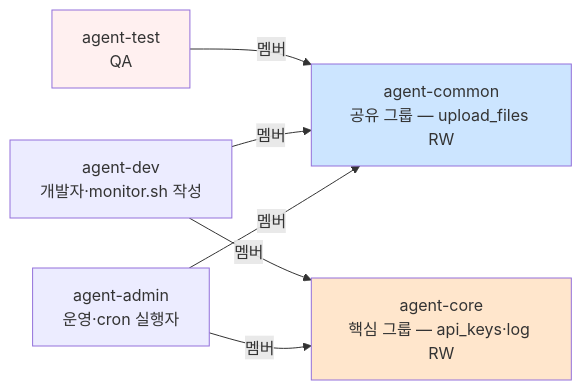
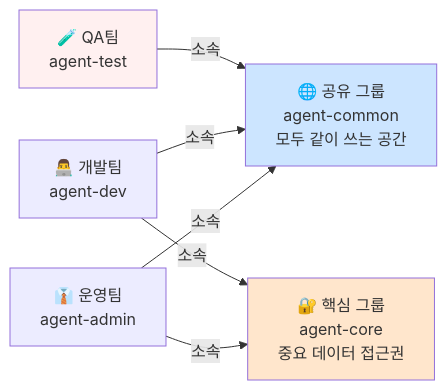
Before and after one commit to codewhite7777/codyssey_notes: the first of 5 diagrams in codyssey_b1_1_study/users-and-groups.md, drawn with Mermaid. The commit also changed other lines of this file, not shown here.

````diff
--- a/codyssey_b1_1_study/users-and-groups.md
+++ b/codyssey_b1_1_study/users-and-groups.md
@@ -22,17 +28,17 @@
 ```mermaid
 graph LR
-    A[agent-admin<br/>운영·cron 실행자]
-    D[agent-dev<br/>개발자·monitor.sh 작성]
-    T[agent-test<br/>QA]
+    A[👔 운영팀<br/>agent-admin]
+    D[👨‍💻 개발팀<br/>agent-dev]
+    T[🧪 QA팀<br/>agent-test]
 
-    A -->|멤버| CM[agent-common<br/>공유 그룹 — upload_files RW]
-    D -->|멤버| CM
-    T -->|멤버| CM
+    A -->|소속| CM[🌐 공유 그룹<br/>agent-common<br/>모두 같이 쓰는 공간]
+    D -->|소속| CM
+    T -->|소속| CM
 
-    A -->|멤버| CO[agent-core<br/>핵심 그룹 — api_keys·log RW]
-    D -->|멤버| CO
+    A -->|소속| CO[🔐 핵심 그룹<br/>agent-core<br/>중요 데이터 접근권]
+    D -->|소속| CO
 
     style CM fill:#cce5ff
     style CO fill:#ffe6cc
     style T fill:#fff0f0
 ```
````
